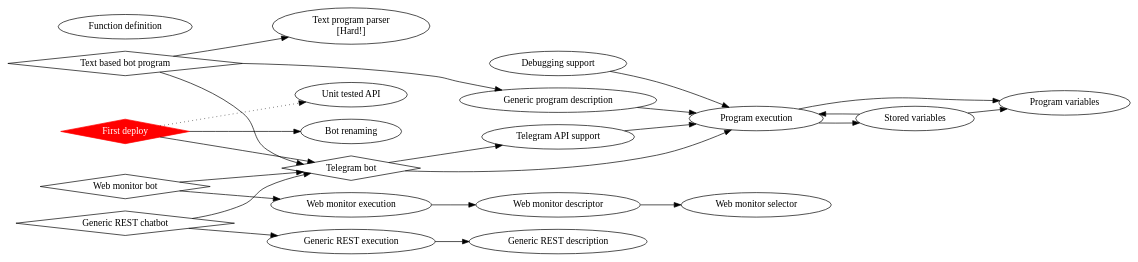
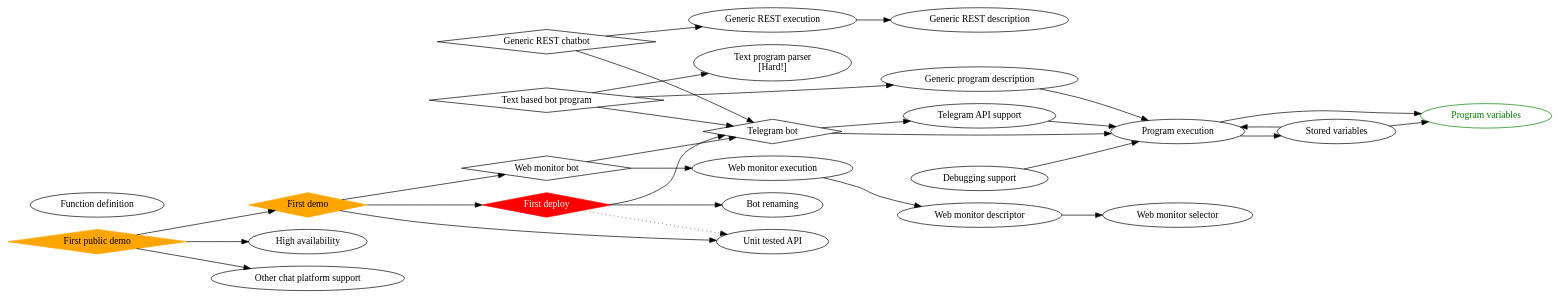
Before and after one commit to programaker-project/Programaker-Core: the diagram in docs/task-tree.dot, drawn with Graphviz.

Commit message:
Update task-tree on "Program variables".
* Program variables done.
* Add "First demo" and "First public demo" tentative milestones.
* Mark in orange, demo milestones.

```diff
--- a/docs/task-tree.dot
+++ b/docs/task-tree.dot
@@ -1,72 +1,88 @@
 digraph {
     rankdir=LR;
 
     // Milestones
     telegram_bot[label="Telegram bot", shape=diamond];
     // First big (publicly deployed) milestone
     first_deploy[label="First deploy", shape=diamond, style=filled, color=red, fontcolor=white];
 
     web_monitor_bot[label="Web monitor bot", shape=diamond];
+    first_demo[label="First demo", shape=diamond, style=filled, color=orange];
+    first_public_demo[label="First public demo", shape=diamond, style=filled, color=orange];
+
     generic_rest_chatbot[label="Generic REST chatbot", shape=diamond];
     text_based_program_bot[label="Text based bot program", shape=diamond];
 
     // Tasks
     program_execution[label="Program execution"];
     telegram_api_support[label="Telegram API support"];
     debugging_support[label="Debugging support"];
 
     bot_renaming[label="Bot renaming"];
     unit_tested_api[label="Unit tested API"];
 
-    program_variables[label="Program variables"];
+    program_variables[label="Program variables", color=green, fontcolor=green];
     stored_variables[label="Stored variables"];
     function_definition[label="Function definition"];
 
     web_monitor_selector[label="Web monitor selector"];
     web_monitor_description[label="Web monitor descriptor"];
     web_monitor_execution[label="Web monitor execution"];
 
     generic_rest_execution[label="Generic REST execution"];
     generic_rest_description[label="Generic REST description"];
 
     text_program_parser[label="Text program parser\n[Hard!]"];
     generic_program_description[label="Generic program description"];
+
+    high_availability[label="High availability"];
+
+    other_chat_platform_support[label="Other chat platform support"];
 
     // Dependencies
     program_execution -> program_variables;
     stored_variables -> program_variables;
 
     program_execution -> stored_variables;
     stored_variables -> program_execution;
 
     // First (internal) milestone
     telegram_api_support -> program_execution;
 
     telegram_bot -> program_execution;
     telegram_bot -> telegram_api_support;
 
     // No reason to deploy before something is doable 
     first_deploy -> telegram_bot;
     first_deploy -> bot_renaming;
 
     // We should have the tests before the deploy, but we can delay it
     first_deploy -> unit_tested_api[style=dotted];
 
     web_monitor_description -> web_monitor_selector;
     web_monitor_execution -> web_monitor_description;
 
     web_monitor_bot -> telegram_bot;
     web_monitor_bot -> web_monitor_execution;
+    first_demo -> web_monitor_bot;
+    // First demo has to work for sure, so unit-testing is *required* at this point
+    first_demo -> unit_tested_api;
+    // It also requires a working deployment
+    first_demo -> first_deploy;
+
+    first_public_demo -> first_demo;
+    first_public_demo -> high_availability;
+    first_public_demo -> other_chat_platform_support;
 
     generic_rest_execution -> generic_rest_description;
 
     generic_rest_chatbot -> telegram_bot;
     generic_rest_chatbot -> generic_rest_execution;
 
     generic_program_description -> program_execution;
     text_based_program_bot -> telegram_bot;
     text_based_program_bot -> generic_program_description;
     text_based_program_bot -> text_program_parser;
 
     debugging_support -> program_execution;
 }
```
